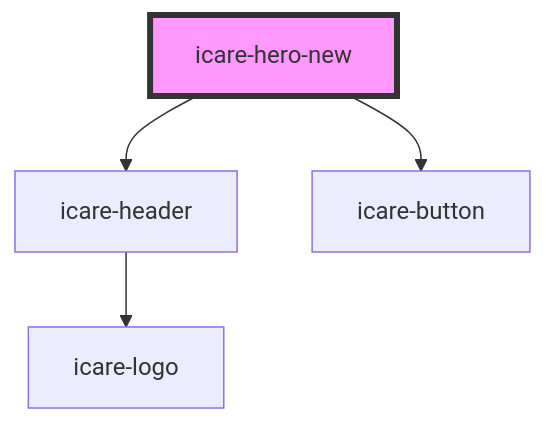
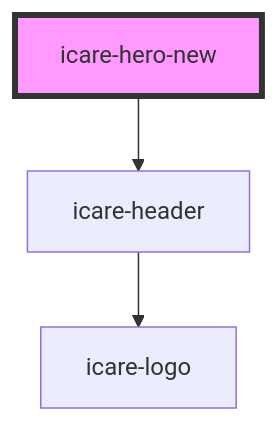
The diagram in packages/icare-components/src/components/icare-hero-new/readme.md (ajkirwan1/icare-mono-repo), drawn with Mermaid before and after one commit. The commit also changed other lines of this file and 17 other files, not shown here.

````diff
--- a/packages/icare-components/src/components/icare-hero-new/readme.md
+++ b/packages/icare-components/src/components/icare-hero-new/readme.md
@@ -24,7 +23,6 @@
 ```mermaid
 graph TD;
   icare-hero-new --> icare-header
-  icare-hero-new --> icare-button
   icare-header --> icare-logo
   style icare-hero-new fill:#f9f,stroke:#333,stroke-width:4px
 ```
````
